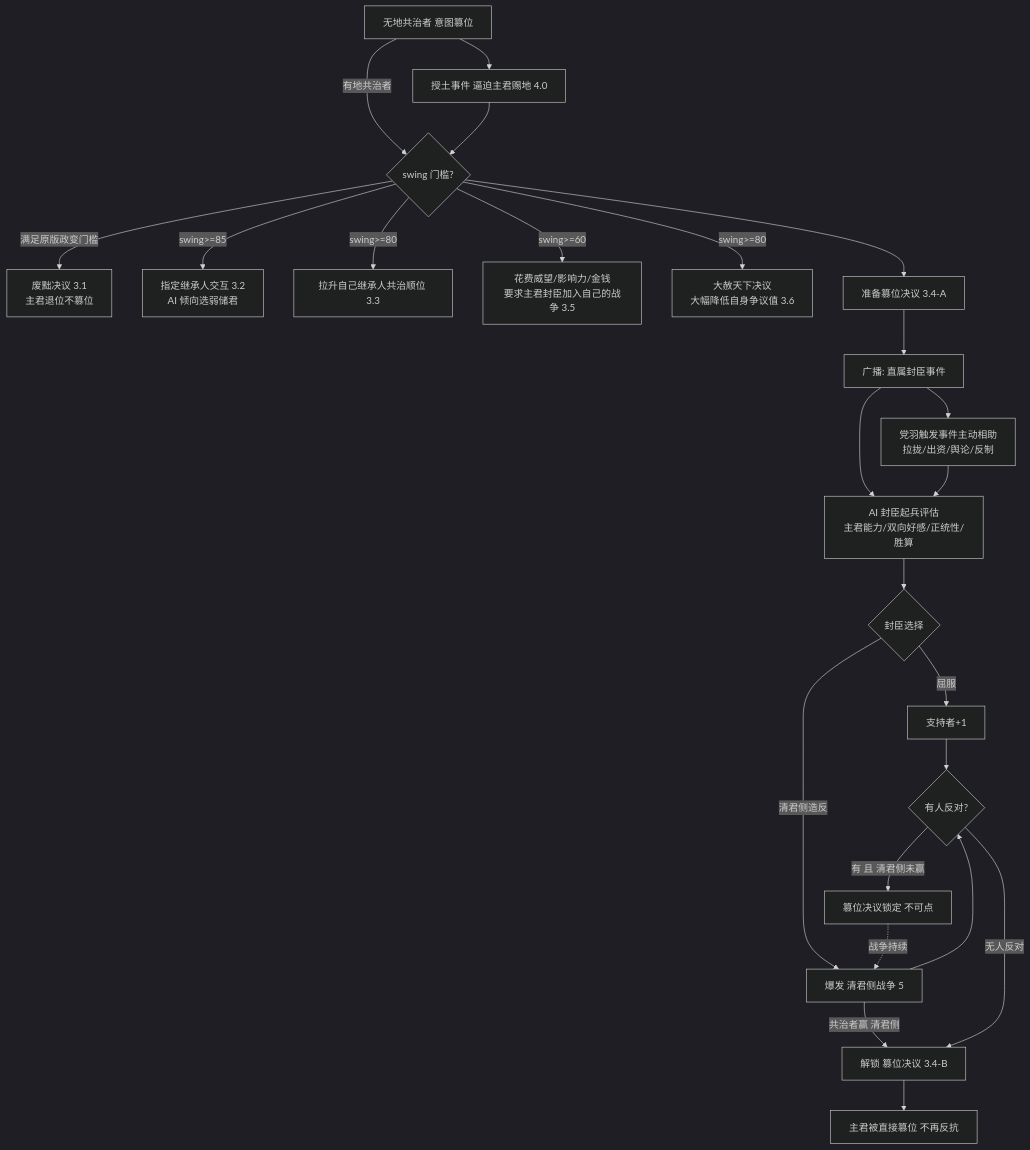
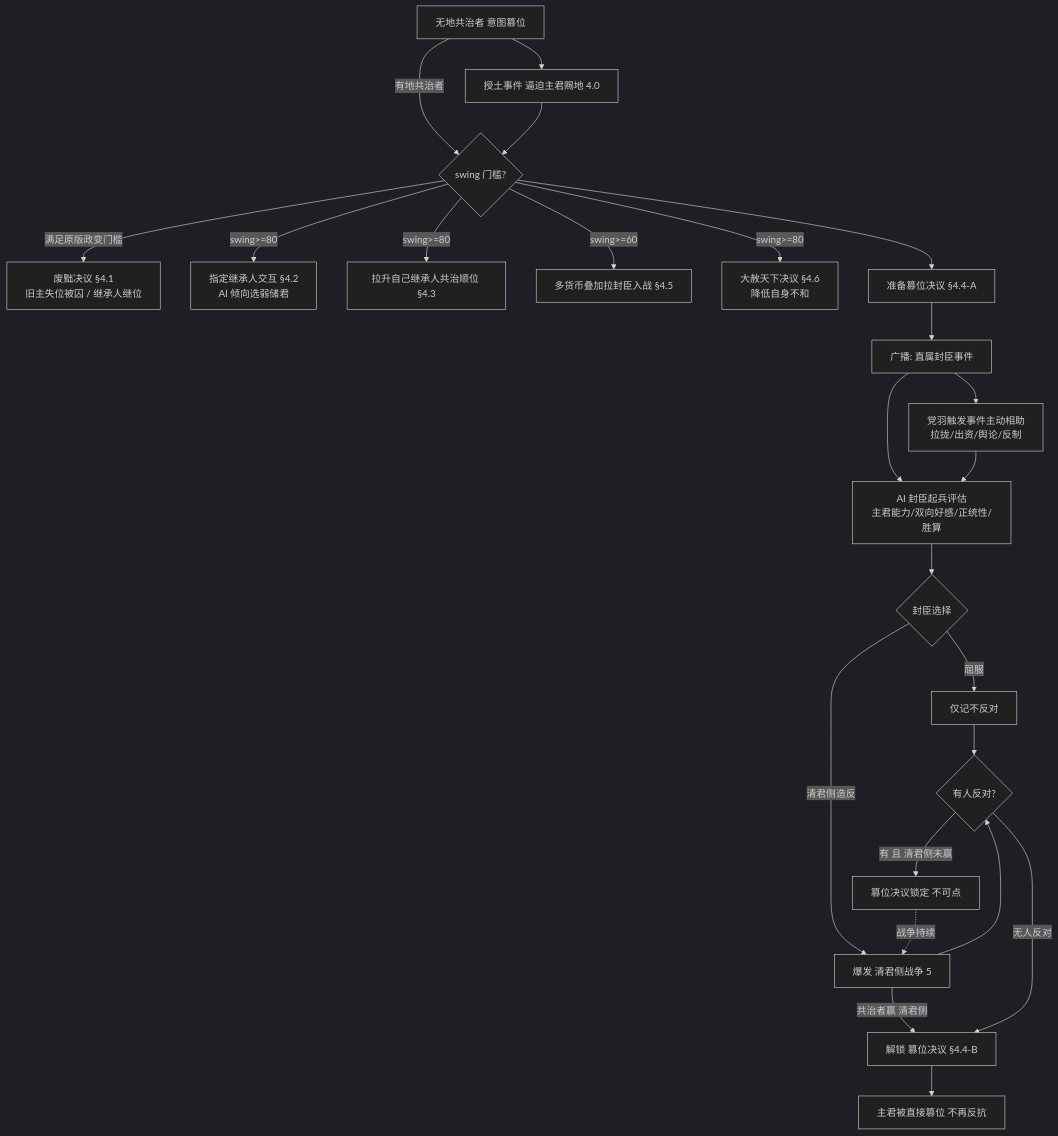
One commit to FeronCompany/ck3_for_the_realm changed the third of 4 diagrams in document/task_design/03-共治者机制强化设计.md. Above: the diagram before and after it, drawn with Mermaid (dark theme). The commit also changed other lines of this file and 30 other files, not shown here.

````diff
--- a/document/task_design/03-共治者机制强化设计.md
+++ b/document/task_design/03-共治者机制强化设计.md
@@ -181,26 +200,26 @@
 ```mermaid
 flowchart TD
     A0[无地共治者 意图篡位] --> A1[授土事件 逼迫主君赐地 4.0]
     A0 -- 有地共治者 --> B1{swing 门槛?}
     A1 --> B1
-    B1 -- 满足原版政变门槛 --> C1[废黜决议 3.1<br/>主君退位不篡位]
-    B1 -- swing>=85 --> C2[指定继承人交互 3.2<br/>AI 倾向选弱储君]
-    B1 -- swing>=80 --> C3[拉升自己继承人共治顺位 3.3]
-    B1 -- swing>=60 --> P5[花费威望/影响力/金钱<br/>要求主君封臣加入自己的战争 3.5]
-    B1 -- swing>=80 --> P6[大赦天下决议<br/>大幅降低自身争议值 3.6]
-    B1 --> D[准备篡位决议 3.4-A]
+    B1 -- 满足原版政变门槛 --> C1[废黜决议 §4.1<br/>旧主失位被囚 / 继承人继位]
+    B1 -- swing>=80 --> C2[指定继承人交互 §4.2<br/>AI 倾向选弱储君]
+    B1 -- swing>=80 --> C3[拉升自己继承人共治顺位 §4.3]
+    B1 -- swing>=60 --> P5[多货币叠加拉封臣入战 §4.5]
+    B1 -- swing>=80 --> P6[大赦天下决议 §4.6<br/>降低自身不和]
+    B1 --> D[准备篡位决议 §4.4-A]
     D --> E[广播: 直属封臣事件]
     E --> E1[党羽触发事件主动相助<br/>拉拢/出资/舆论/反制]
     E --> E2[AI 封臣起兵评估<br/>主君能力/双向好感/正统性/胜算]
     E1 --> E2
     E2 --> F{封臣选择}
-    F -- 屈服 --> G[支持者+1]
+    F -- 屈服 --> G[仅记不反对]
     F -- 清君侧造反 --> H[爆发 清君侧战争 5]
     G --> I{有人反对?}
     H --> I
     I -- 有 且 清君侧未赢 --> J[篡位决议锁定 不可点]
-    H -- 共治者赢 清君侧 --> K[解锁 篡位决议 3.4-B]
+    H -- 共治者赢 清君侧 --> K[解锁 篡位决议 §4.4-B]
     I -- 无人反对 --> K
     K --> L[主君被直接篡位 不再反抗]
     J -.战争持续.-> H
 ```
````
